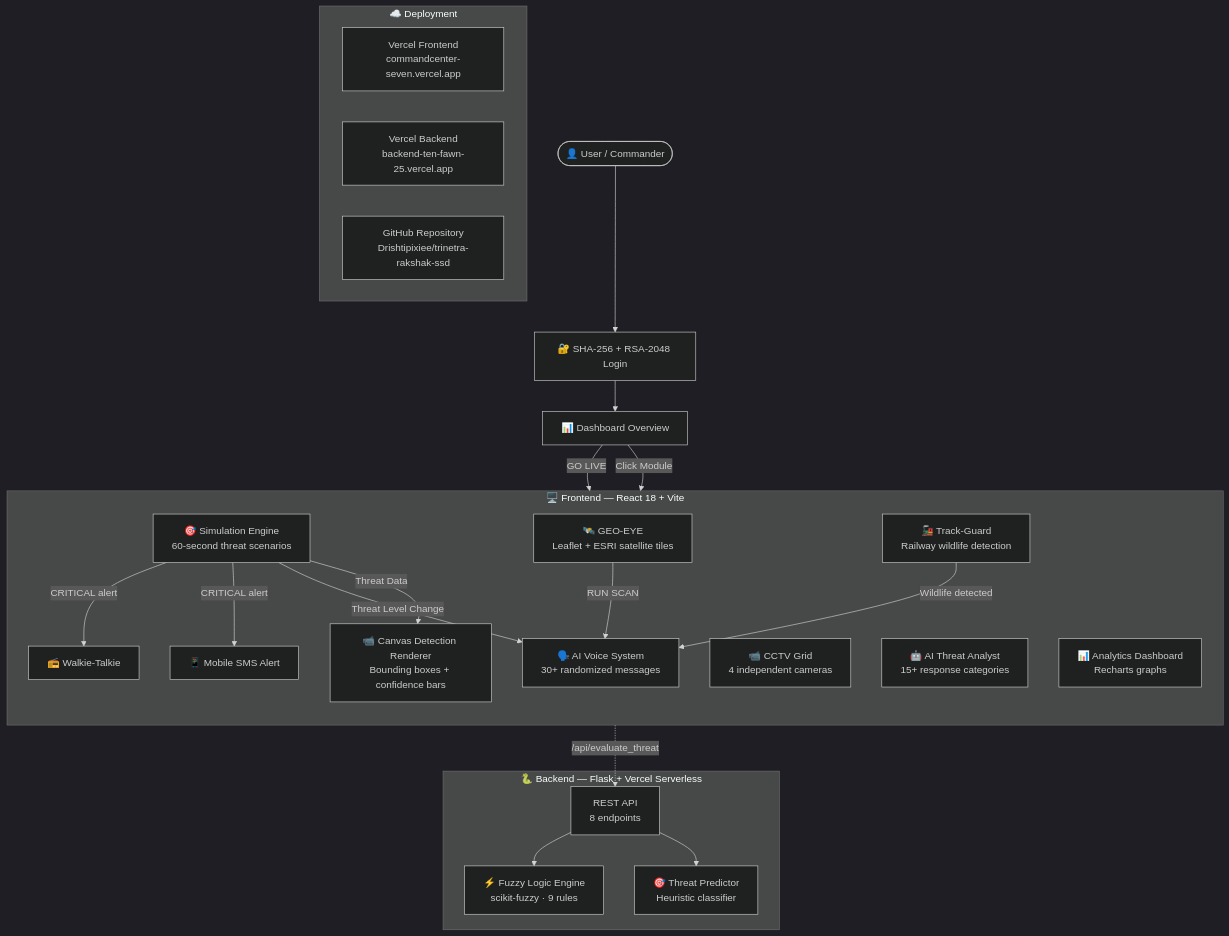
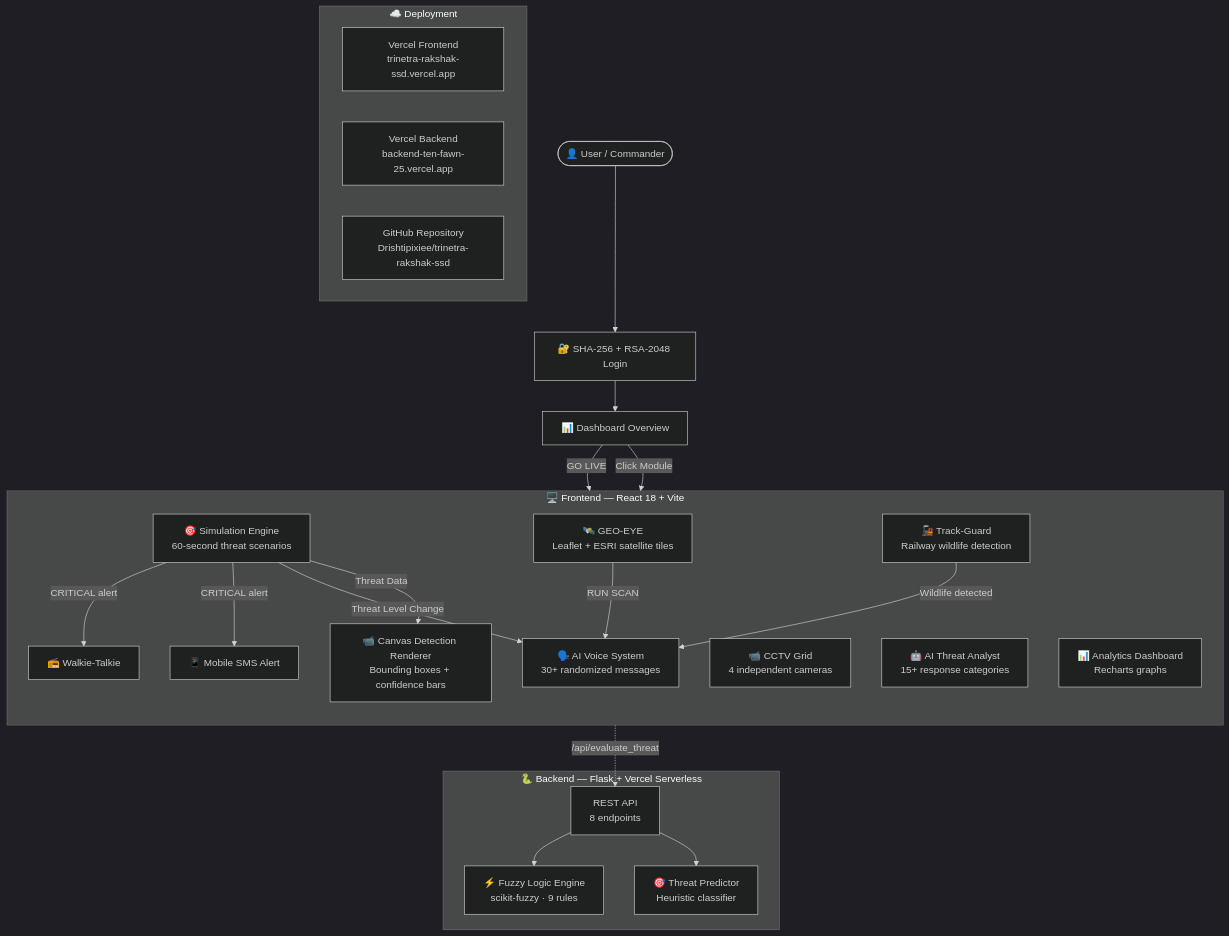
The diagram in README.md (Drishtipixiee/trinetra-rakshak-ssd), drawn with Mermaid (dark theme) before and after one commit. The commit also changed other lines of this file, not shown here.

Commit message:
Update README with latest stable Vercel deployment links

````diff
--- a/README.md
+++ b/README.md
@@ -123,41 +123,41 @@
 ```mermaid
 flowchart TB
     USER([👤 User / Commander]) --> LOGIN[🔐 SHA-256 + RSA-2048 Login]
     LOGIN --> DASH[📊 Dashboard Overview]
 
     DASH --> |GO LIVE| SIM[🎯 Simulation Engine<br/>60-second threat scenarios]
     DASH --> |Click Module| TABS
 
     subgraph TABS [" 🖥️ Frontend — React 18 + Vite "]
         direction TB
         SIM --> |Threat Data| CANVAS[📹 Canvas Detection Renderer<br/>Bounding boxes + confidence bars]
         SIM --> |Threat Level Change| VOICE[🗣️ AI Voice System<br/>30+ randomized messages]
         SIM --> |CRITICAL alert| SMS[📱 Mobile SMS Alert]
         SIM --> |CRITICAL alert| RADIO[📻 Walkie-Talkie]
 
         CCTV[📹 CCTV Grid<br/>4 independent cameras]
         GEO[🛰️ GEO-EYE<br/>Leaflet + ESRI satellite tiles]
         TRACK[🚂 Track-Guard<br/>Railway wildlife detection]
         CHAT[🤖 AI Threat Analyst<br/>15+ response categories]
         ANALYTICS[📊 Analytics Dashboard<br/>Recharts graphs]
     end
 
     GEO --> |RUN SCAN| VOICE
     TRACK --> |Wildlife detected| VOICE
 
     subgraph BACKEND [" 🐍 Backend — Flask + Vercel Serverless "]
         API[REST API<br/>8 endpoints]
         FUZZY[⚡ Fuzzy Logic Engine<br/>scikit-fuzzy · 9 rules]
         PREDICT[🎯 Threat Predictor<br/>Heuristic classifier]
         API --> FUZZY
         API --> PREDICT
     end
 
     SIM -.-> |/api/evaluate_threat| API
 
     subgraph DEPLOY [" ☁️ Deployment "]
-        VERCEL_F[Vercel Frontend<br/>commandcenter-seven.vercel.app]
+        VERCEL_F[Vercel Frontend<br/>trinetra-rakshak-ssd.vercel.app]
         VERCEL_B[Vercel Backend<br/>backend-ten-fawn-25.vercel.app]
         GH[GitHub Repository<br/>Drishtipixiee/trinetra-rakshak-ssd]
     end
 ```
````
